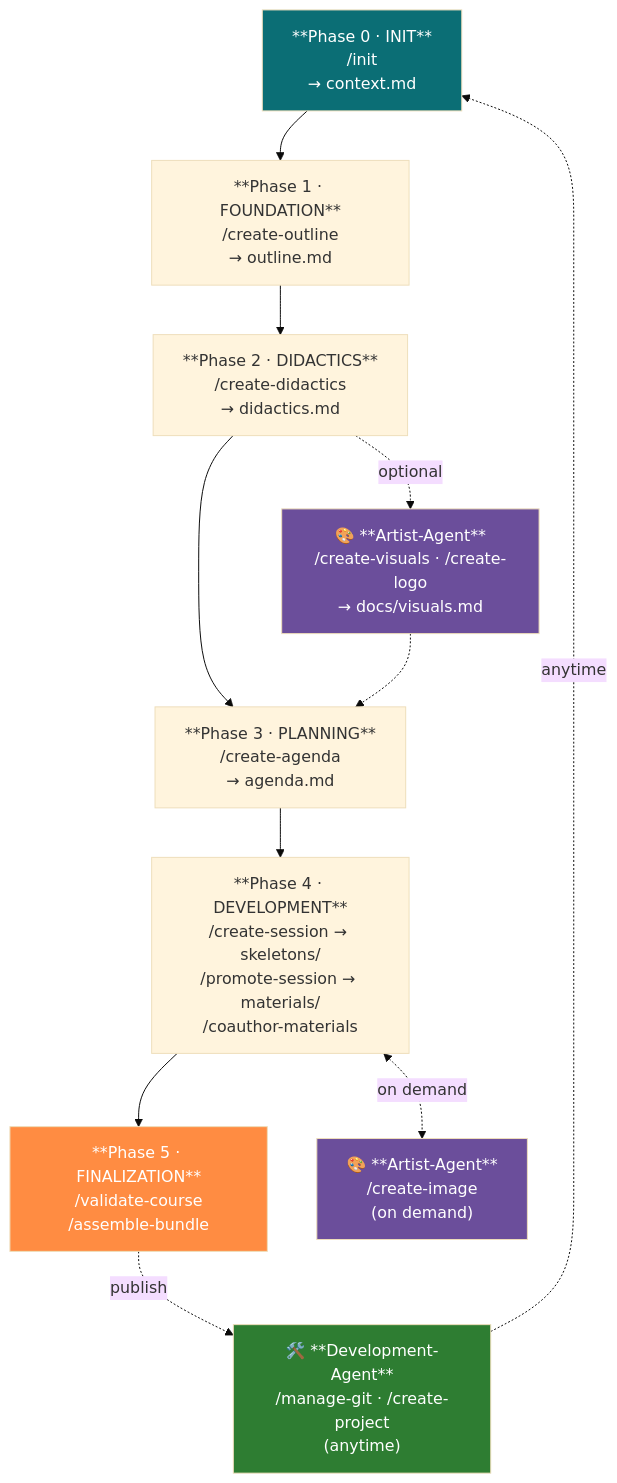
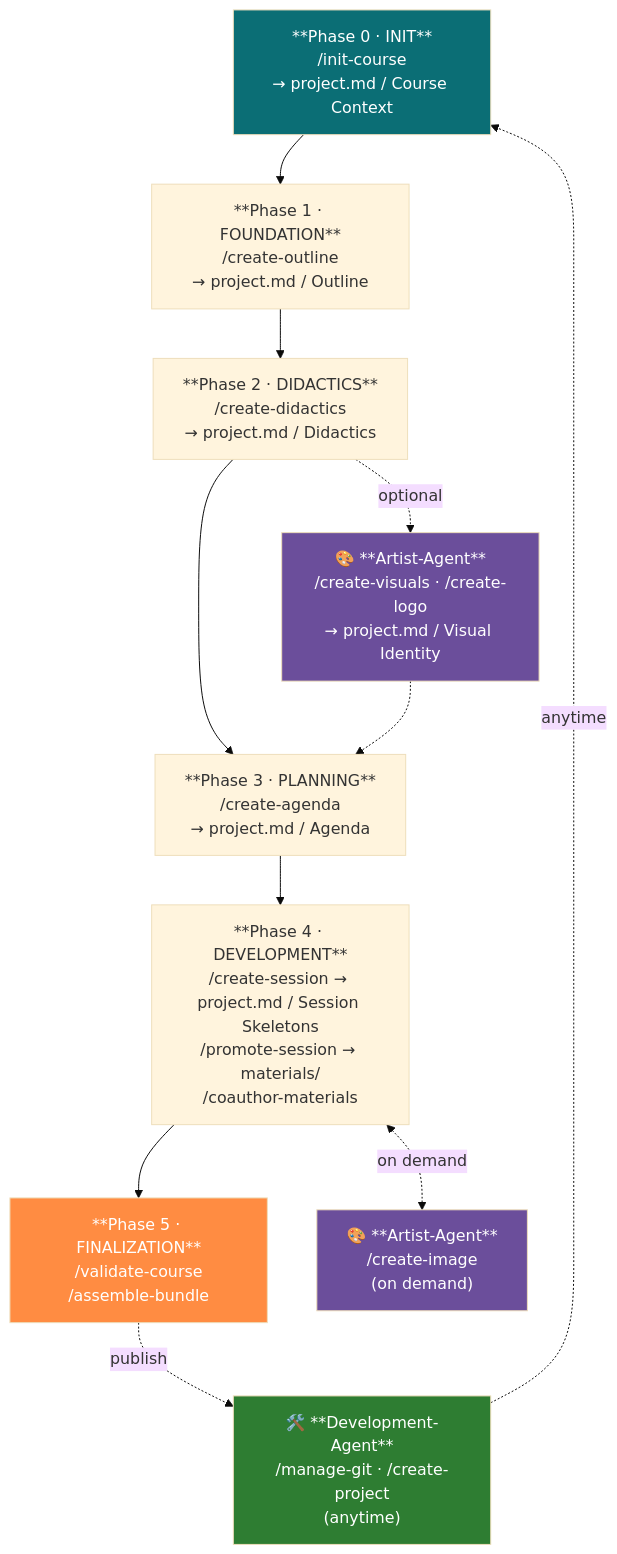
One commit to LiaScript/teaching-agent changed the diagram in README.md. Above: the diagram before and after it, drawn with Mermaid (base theme). The commit also changed other lines of this file and 13 other files, not shown here.

````diff
--- a/README.md
+++ b/README.md
@@ -75,25 +75,25 @@
 ```mermaid
 flowchart TD
-    INIT["**Phase 0 · INIT**<br/>/init<br/>→ context.md"]
-    OUTLINE["**Phase 1 · FOUNDATION**<br/>/create-outline<br/>→ outline.md"]
-    DIDACTICS["**Phase 2 · DIDACTICS**<br/>/create-didactics<br/>→ didactics.md"]
-    AGENDA["**Phase 3 · PLANNING**<br/>/create-agenda<br/>→ agenda.md"]
-    DEV["**Phase 4 · DEVELOPMENT**<br/>/create-session → skeletons/<br/>/promote-session → materials/<br/>/coauthor-materials"]
+    INIT["**Phase 0 · INIT**<br/>/init-course<br/>→ project.md / Course Context"]
+    OUTLINE["**Phase 1 · FOUNDATION**<br/>/create-outline<br/>→ project.md / Outline"]
+    DIDACTICS["**Phase 2 · DIDACTICS**<br/>/create-didactics<br/>→ project.md / Didactics"]
+    AGENDA["**Phase 3 · PLANNING**<br/>/create-agenda<br/>→ project.md / Agenda"]
+    DEV["**Phase 4 · DEVELOPMENT**<br/>/create-session → project.md / Session Skeletons<br/>/promote-session → materials/<br/>/coauthor-materials"]
     FINAL["**Phase 5 · FINALIZATION**<br/>/validate-course<br/>/assemble-bundle"]
 
-    ART1["🎨 **Artist-Agent**<br/>/create-visuals · /create-logo<br/>→ docs/visuals.md"]
+    ART1["🎨 **Artist-Agent**<br/>/create-visuals · /create-logo<br/>→ project.md / Visual Identity"]
     ART2["🎨 **Artist-Agent**<br/>/create-image<br/>(on demand)"]
     DEVAGT["🛠️ **Development-Agent**<br/>/manage-git · /create-project<br/>(anytime)"]
 
     INIT --> OUTLINE --> DIDACTICS --> AGENDA --> DEV --> FINAL
     DIDACTICS -.->|optional| ART1 -.-> AGENDA
     DEV <-.->|on demand| ART2
     FINAL -.->|publish| DEVAGT
     DEVAGT -.->|anytime| INIT
 
     style INIT fill:#0B6E75,color:#fff
     style FINAL fill:#FF8C42,color:#fff
     style ART1 fill:#6B4E9B,color:#fff
     style ART2 fill:#6B4E9B,color:#fff
     style DEVAGT fill:#2E7D32,color:#fff
 ```
````
